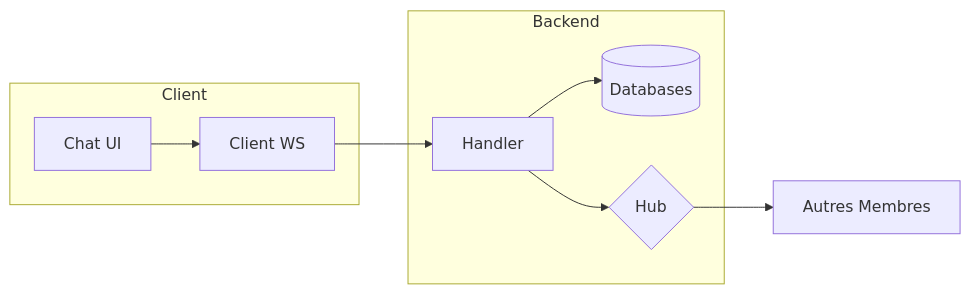
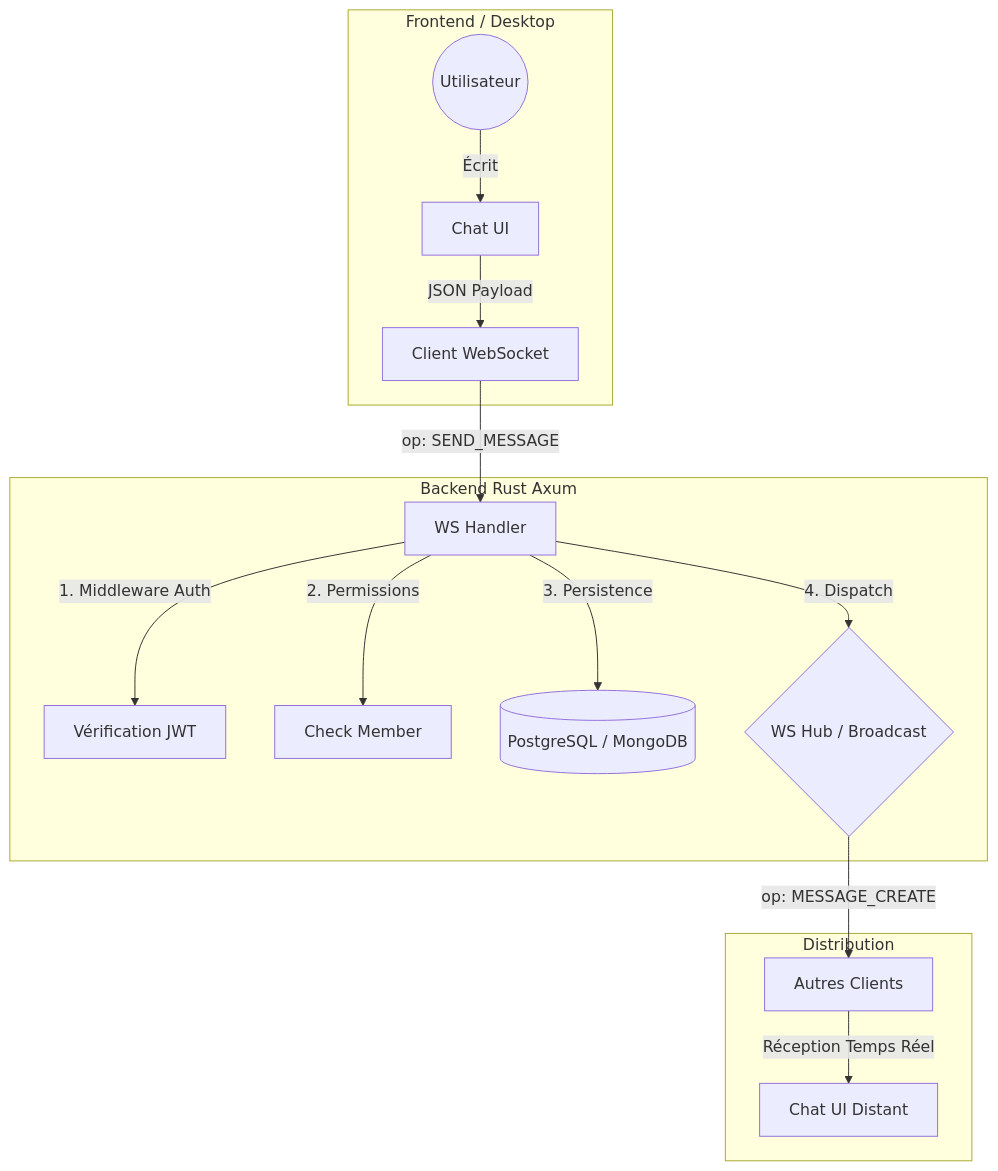
Before and after one commit to florian-billon/voisins-connect: the second of 4 diagrams in README.md, drawn with Mermaid. The commit also changed other lines of this file, not shown here.

Commit message:
docs: restore detailed CI/CD and WebSocket diagrams with full runner breakdown

````diff
--- a/README.md
+++ b/README.md
@@ -330,14 +330,20 @@
 ```mermaid
-graph LR
-    subgraph Client
-        UI[Chat UI] --> WS_C[Client WS]
+graph TD
+    subgraph Client [Frontend / Desktop]
+        U((Utilisateur)) -->|"Écrit"| UI[Chat UI]
+        UI -->|"JSON Payload"| WS_C[Client WebSocket]
     end
 
-    subgraph Server [Backend]
-        WS_C --> WS_S[Handler]
-        WS_S --> DB[(Databases)]
-        WS_S --> Hub{Hub}
+    subgraph Server [Backend Rust Axum]
+        WS_C -->|"op: SEND_MESSAGE"| WS_S[WS Handler]
+        WS_S -->|"1. Middleware Auth"| Auth[Vérification JWT]
+        WS_S -->|"2. Permissions"| Perm[Check Member]
+        WS_S -->|"3. Persistence"| DB[(PostgreSQL / MongoDB)]
+        WS_S -->|"4. Dispatch"| Hub{WS Hub / Broadcast}
     end
 
-    Hub --> WS_O[Autres Membres]
+    subgraph Outreach [Distribution]
+        Hub -->|"op: MESSAGE_CREATE"| WS_O[Autres Clients]
+        WS_O -->|"Réception Temps Réel"| UI_O[Chat UI Distant]
+    end
 ```
````
